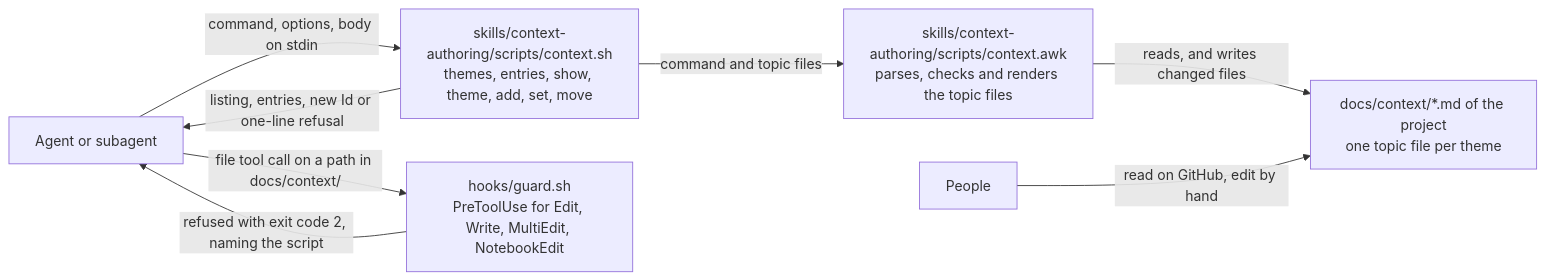
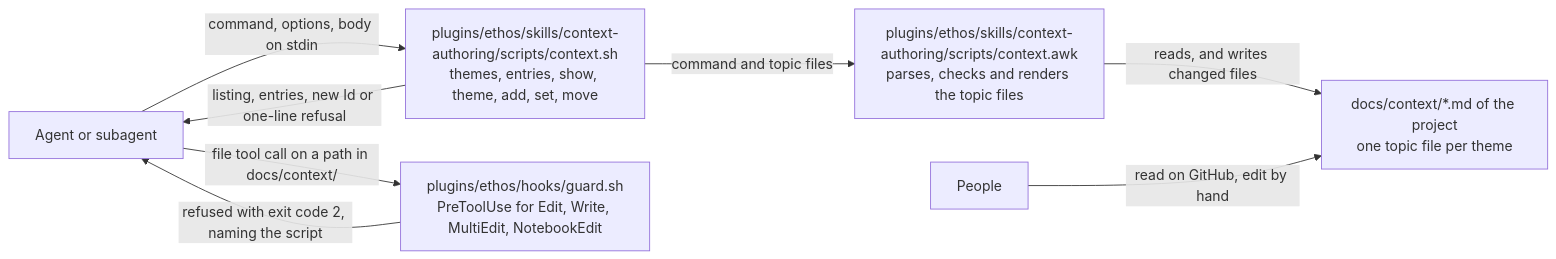
One commit to lennartmoeller/agentic-plugins changed the first of 2 diagrams in docs/contract/context.md. Above: the diagram before and after it, drawn with Mermaid. The commit also changed 57 other files, not shown here.

````diff
--- a/docs/contract/context.md
+++ b/docs/contract/context.md
@@ -3,17 +3,17 @@
 ```mermaid
 flowchart LR
     agent["Agent or subagent"]
-    script["skills/context-authoring/scripts/context.sh<br/>themes, entries, show, theme, add, set, move"]
-    awk["skills/context-authoring/scripts/context.awk<br/>parses, checks and renders the topic files"]
-    guard["hooks/guard.sh<br/>PreToolUse for Edit, Write, MultiEdit, NotebookEdit"]
+    script["plugins/ethos/skills/context-authoring/scripts/context.sh<br/>themes, entries, show, theme, add, set, move"]
+    awk["plugins/ethos/skills/context-authoring/scripts/context.awk<br/>parses, checks and renders the topic files"]
+    guard["plugins/ethos/hooks/guard.sh<br/>PreToolUse for Edit, Write, MultiEdit, NotebookEdit"]
     context["docs/context/*.md of the project<br/>one topic file per theme"]
     people["People"]
 
     agent -->|"command, options, body on stdin"| script
     script -->|"command and topic files"| awk
     awk -->|"reads, and writes changed files"| context
     script -->|"listing, entries, new Id or one-line refusal"| agent
     agent -->|"file tool call on a path in docs/context/"| guard
     guard -->|"refused with exit code 2, naming the script"| agent
     people -->|"read on GitHub, edit by hand"| context
 ```
````
